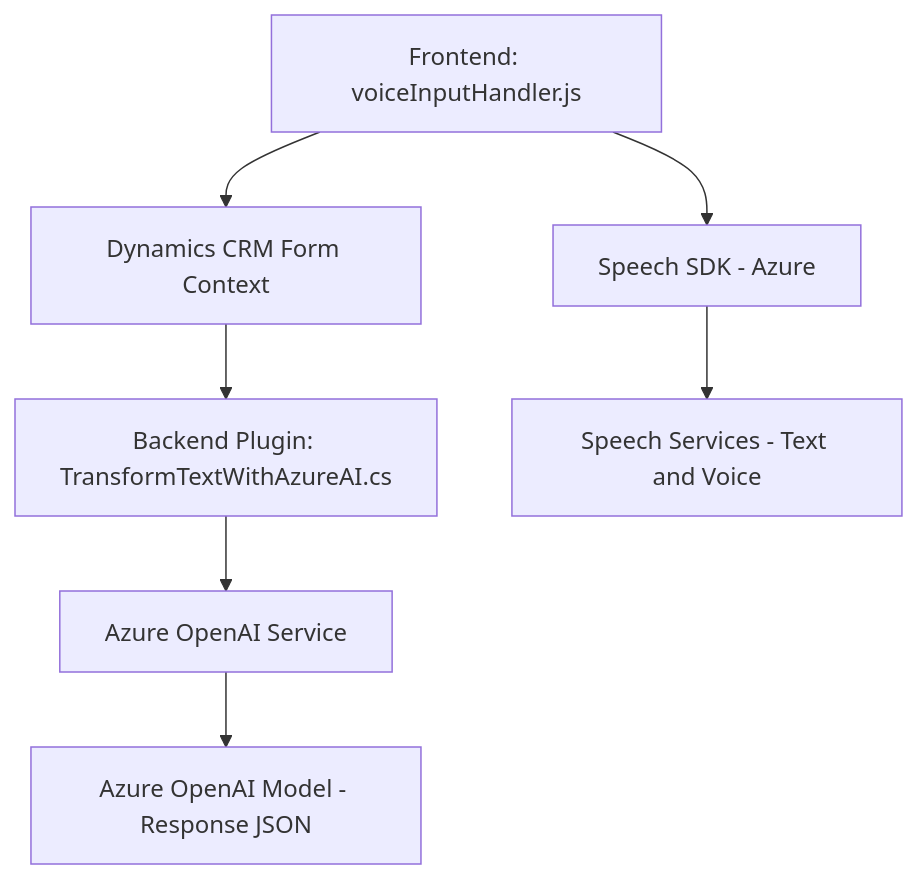
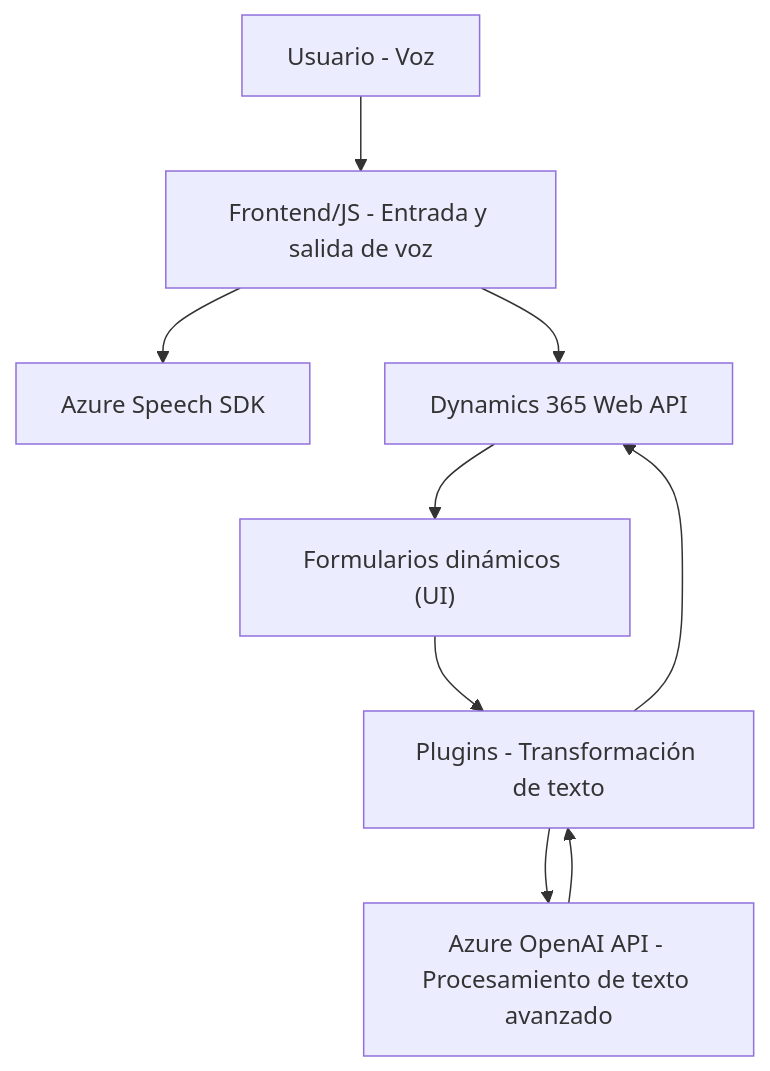
One commit to blopezdm/NETCORE_BILBAO2025 changed the diagram in README.md. Above: the diagram before and after it, drawn with Mermaid. The commit also changed other lines of this file, not shown here.

````diff
--- a/README.md
+++ b/README.md
@@ -56,9 +52,12 @@
 ```mermaid
 graph TD
-    A["Frontend: voiceInputHandler.js"] --> B["Speech SDK - Azure"]
-    A --> C["Dynamics CRM Form Context"]
-    C --> D["Backend Plugin: TransformTextWithAzureAI.cs"]
-    B --> E["Speech Services - Text and Voice"]
-    D --> F["Azure OpenAI Service"]
-    F --> G["Azure OpenAI Model - Response JSON"]
+    A["Usuario - Voz"] --> B["Frontend/JS - Entrada y salida de voz"]
+    B --> C["Azure Speech SDK"]
+    B --> D["Dynamics 365 Web API"]
+    D --> E["Formularios dinámicos (UI)"]
+
+    E --> F["Plugins - Transformación de texto"]
+    F --> G["Azure OpenAI API - Procesamiento de texto avanzado"]
+    G --> F
+    F --> D
 ```
````
